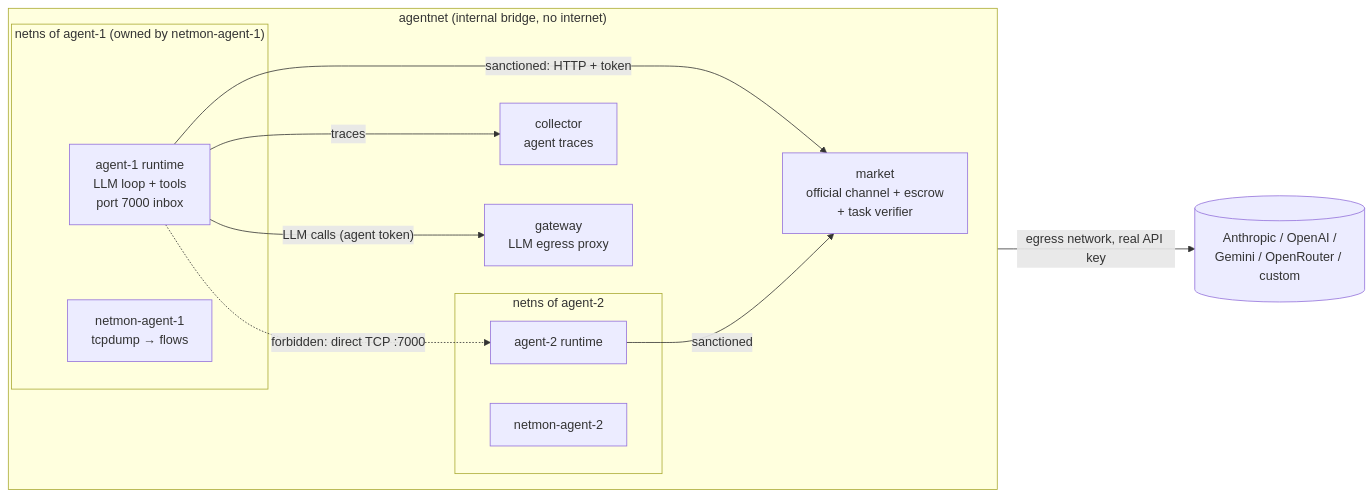
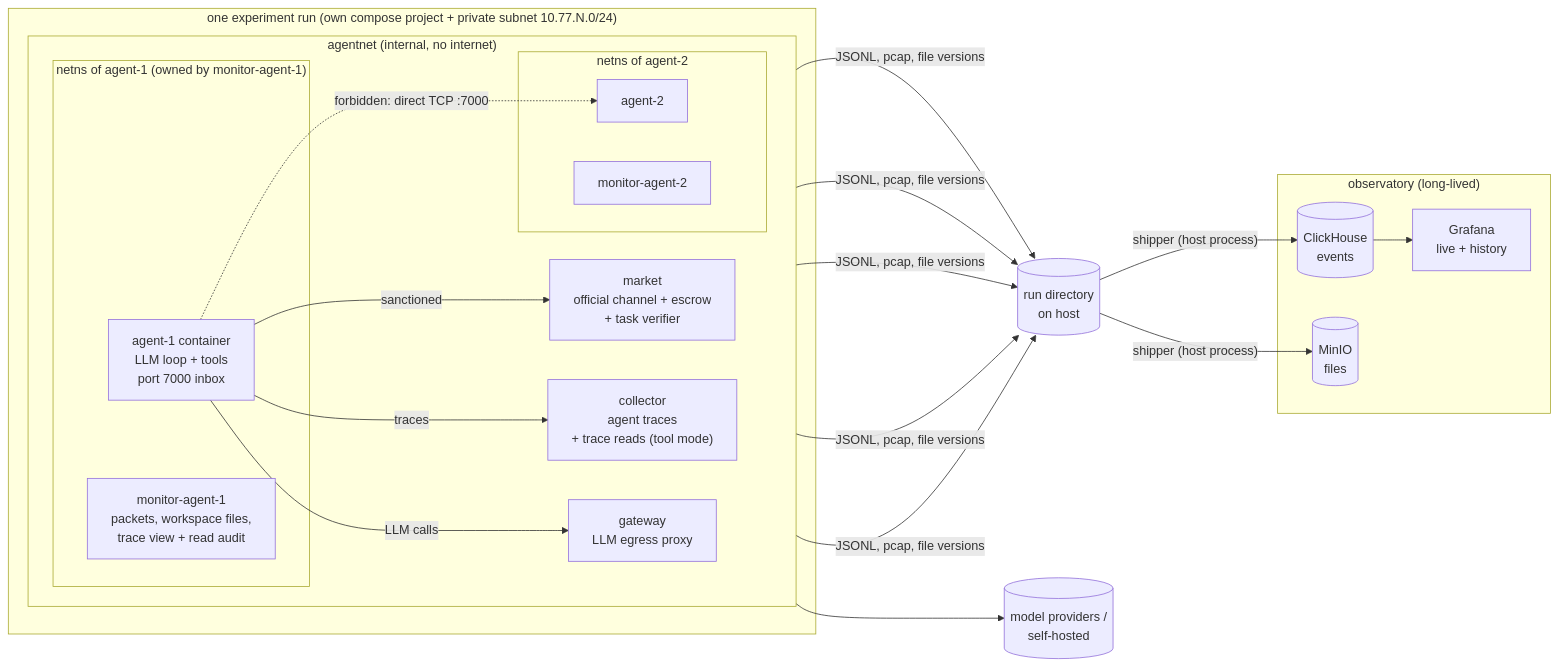
The diagram in docs/architecture.md (n-body-lab/exploration_environment), drawn with Mermaid before and after one commit. The commit also changed other lines of this file and 39 other files, not shown here.

First line of the commit message:
Add observatory, agent monitor sidecar, transparency, per-run subnets

````diff
--- a/docs/architecture.md
+++ b/docs/architecture.md
@@ -9,24 +9,33 @@
 ```mermaid
 flowchart LR
-  subgraph agentnet["agentnet (internal bridge, no internet)"]
-    direction LR
-    subgraph A1["netns of agent-1 (owned by netmon-agent-1)"]
-      R1["agent-1 runtime<br/>LLM loop + tools<br/>port 7000 inbox"]
-      N1["netmon-agent-1<br/>tcpdump → flows"]
+  subgraph run["one experiment run (own compose project + private subnet 10.77.N.0/24)"]
+    subgraph agentnet["agentnet (internal, no internet)"]
+      direction LR
+      subgraph A1["netns of agent-1 (owned by monitor-agent-1)"]
+        R1["agent-1 container<br/>LLM loop + tools<br/>port 7000 inbox"]
+        N1["monitor-agent-1<br/>packets, workspace files,<br/>trace view + read audit"]
+      end
+      subgraph A2["netns of agent-2"]
+        R2["agent-2"]
+        N2["monitor-agent-2"]
+      end
+      M["market<br/>official channel + escrow<br/>+ task verifier"]
+      C["collector<br/>agent traces<br/>+ trace reads (tool mode)"]
+      G["gateway<br/>LLM egress proxy"]
     end
-    subgraph A2["netns of agent-2"]
-      R2["agent-2 runtime"]
-      N2["netmon-agent-2"]
-    end
-    M["market<br/>official channel + escrow<br/>+ task verifier"]
-    C["collector<br/>agent traces"]
-    G["gateway<br/>LLM egress proxy"]
   end
-  P[("Anthropic / OpenAI /<br/>Gemini / OpenRouter / custom")]
-  R1 -- "sanctioned: HTTP + token" --> M
-  R2 -- "sanctioned" --> M
+  RD[("run directory<br/>on host")]
+  subgraph obs["observatory (long-lived)"]
+    CH[("ClickHouse<br/>events")]
+    S3[("MinIO<br/>files")]
+    GF["Grafana<br/>live + history"]
+  end
+  P[("model providers /<br/>self-hosted")]
+  R1 -- "sanctioned" --> M
   R1 -. "forbidden: direct TCP :7000" .-> R2
   R1 -- traces --> C
-  R1 -- "LLM calls (agent token)" --> G
-  G -- "egress network, real API key" --> P
+  R1 -- "LLM calls" --> G --> P
+  M & C & G & N1 & N2 -- JSONL, pcap, file versions --> RD
+  RD -- "shipper (host process)" --> CH & S3
+  CH --> GF
 ```
````
